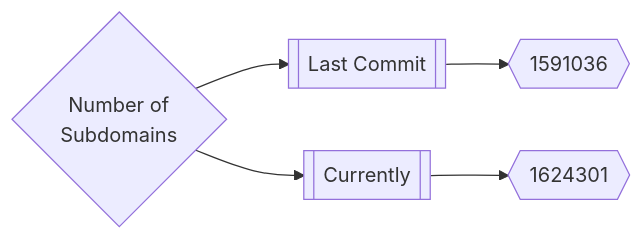
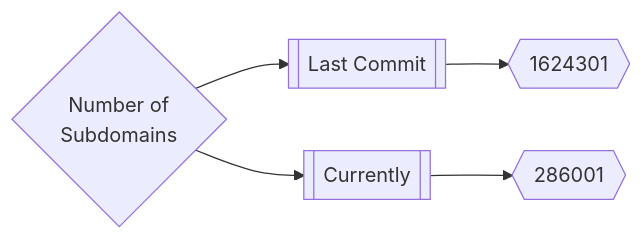
Before and after one commit to trickest/inventory: the first of 3 diagrams in README.md, drawn with Mermaid. The commit also changed other lines of this file, not shown here.

Commit message:
Update Wed Apr 27 14:10:20 UTC 2022

````diff
--- a/README.md
+++ b/README.md
@@ -165,5 +165,5 @@
 ```mermaid
 graph LR
-title{Number of<br>Subdomains} --> subdomainsDate1[[Last Commit]] --> subdomainsNum1{{1591036}}
-title --> subdomainsDate2[[Currently]] --> subdomainsNum2{{1624301}}
+title{Number of<br>Subdomains} --> subdomainsDate1[[Last Commit]] --> subdomainsNum1{{1624301}}
+title --> subdomainsDate2[[Currently]] --> subdomainsNum2{{286001}}
 ```
````
